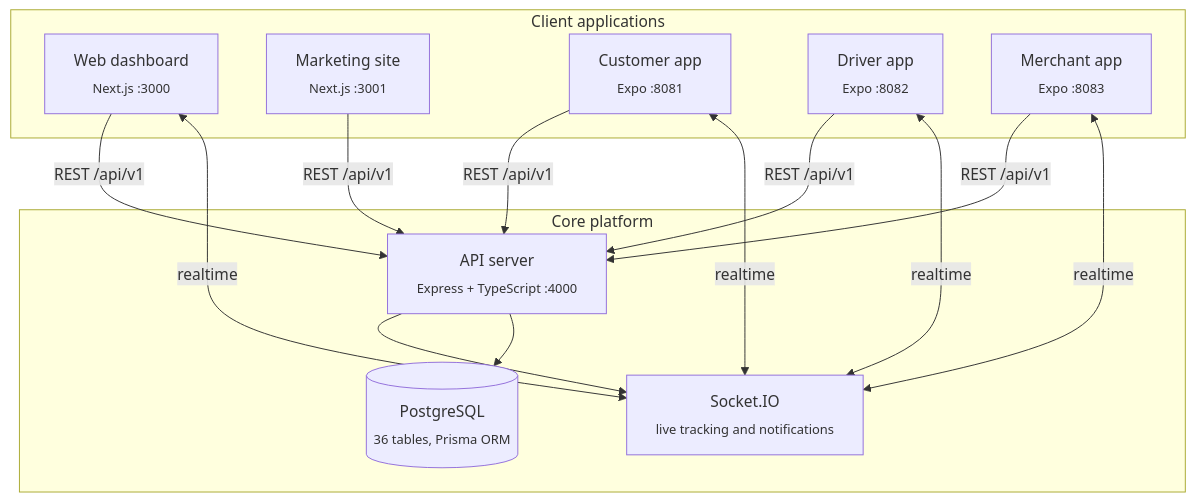
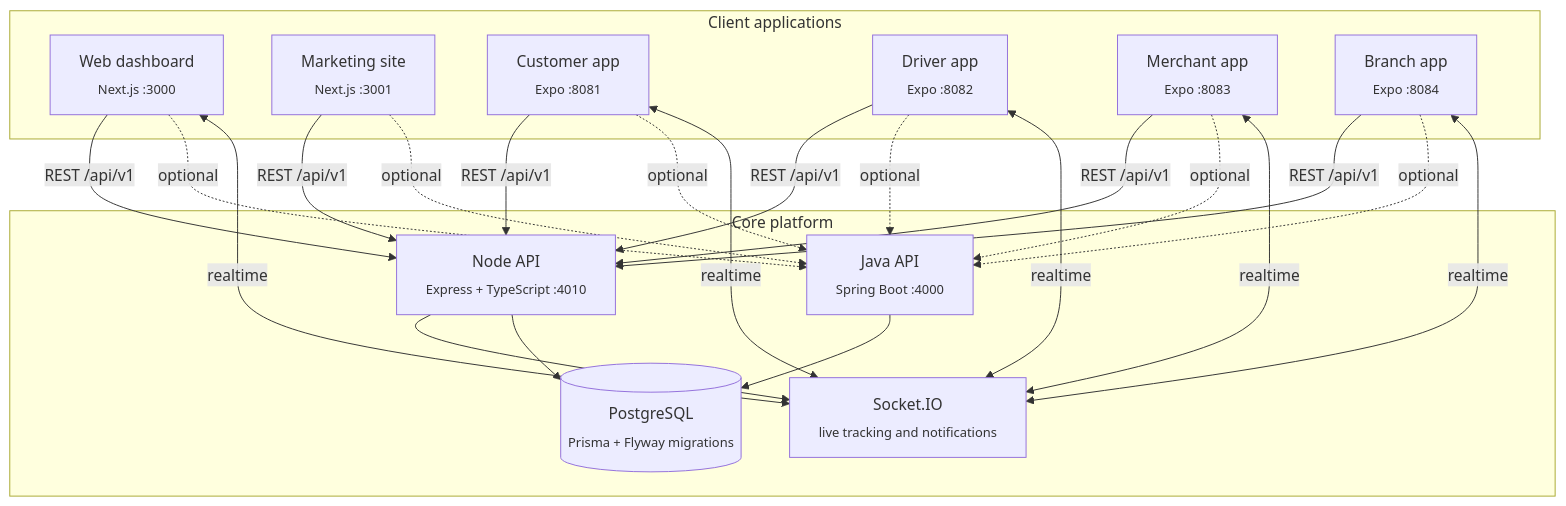
Before and after one commit to abel2800/Guzo: the first of 3 diagrams in README.md, drawn with Mermaid. The commit also changed other lines of this file and 852 other files, not shown here.

First line of the commit message:
feat: full platform update with docs, branch app, and security hardening

````diff
--- a/README.md
+++ b/README.md
@@ -66,21 +68,25 @@
 ```mermaid
 flowchart TB
     subgraph Clients["Client applications"]
         WEB["Web dashboard<br/><sub>Next.js :3000</sub>"]
         MKT["Marketing site<br/><sub>Next.js :3001</sub>"]
         CUS["Customer app<br/><sub>Expo :8081</sub>"]
         DRV["Driver app<br/><sub>Expo :8082</sub>"]
         MER["Merchant app<br/><sub>Expo :8083</sub>"]
+        BRN["Branch app<br/><sub>Expo :8084</sub>"]
     end
 
     subgraph Core["Core platform"]
-        API["API server<br/><sub>Express + TypeScript :4000</sub>"]
+        NODE["Node API<br/><sub>Express + TypeScript :4010</sub>"]
+        JAVA["Java API<br/><sub>Spring Boot :4000</sub>"]
         RT["Socket.IO<br/><sub>live tracking and notifications</sub>"]
-        DB[("PostgreSQL<br/><sub>36 tables, Prisma ORM</sub>")]
+        DB[("PostgreSQL<br/><sub>Prisma + Flyway migrations</sub>")]
     end
 
-    WEB & MKT & CUS & DRV & MER -->|REST /api/v1| API
-    WEB & CUS & DRV & MER <-->|realtime| RT
-    API --> RT
-    API --> DB
+    WEB & MKT & CUS & DRV & MER & BRN -->|REST /api/v1| NODE
+    WEB & MKT & CUS & DRV & MER & BRN -.->|optional| JAVA
+    WEB & CUS & DRV & MER & BRN <-->|realtime| RT
+    NODE --> RT
+    NODE --> DB
+    JAVA --> DB
 ```
````
